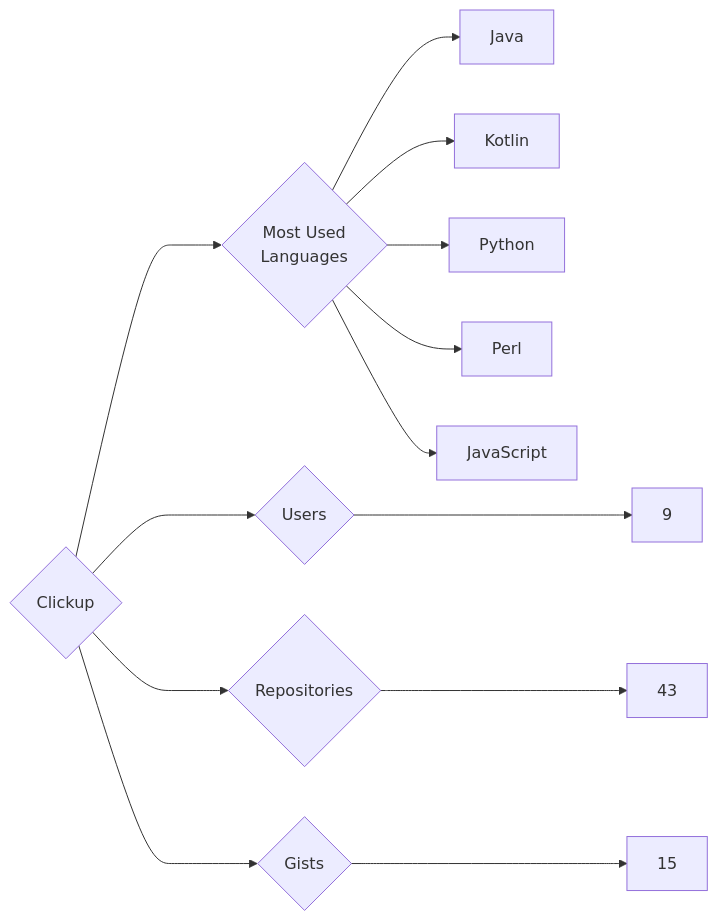
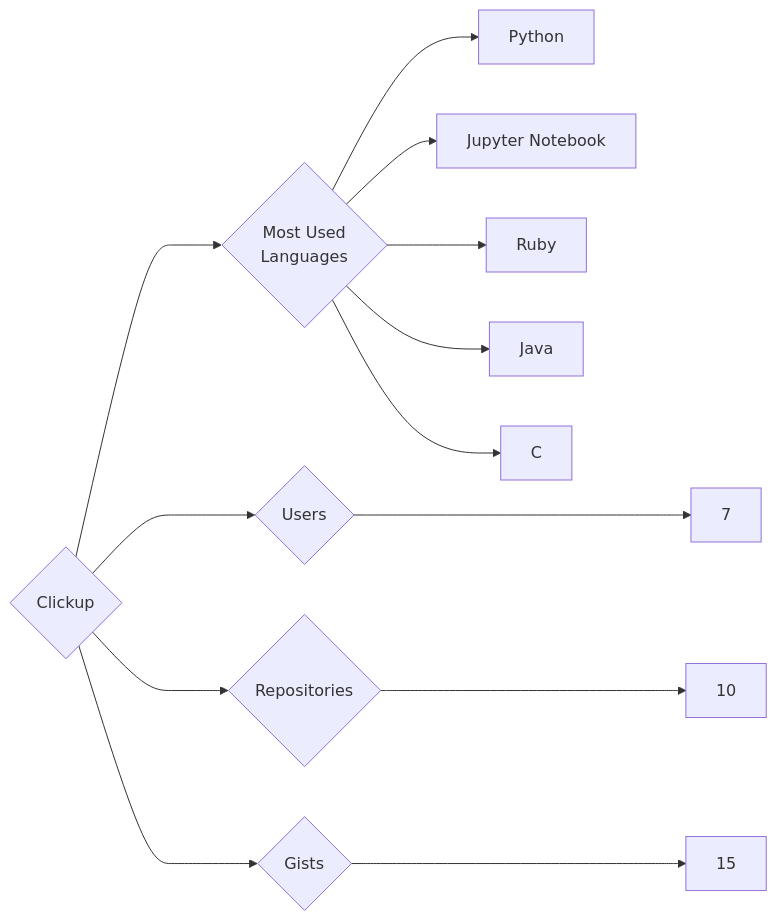
One commit to trickest/insiders changed the diagram in targets/Clickup/README.md. Above: the diagram before and after it, drawn with Mermaid. The commit also changed 942 other files, not shown here.

````diff
--- a/targets/Clickup/README.md
+++ b/targets/Clickup/README.md
@@ -3,13 +3,13 @@
 ```mermaid
 graph LR
 COMPANY_NAME{Clickup}
-COMPANY_NAME ---> U{Users} ---> UN[9]
-COMPANY_NAME ---> R{Repositories} ---> RN[43]
+COMPANY_NAME ---> U{Users} ---> UN[7]
+COMPANY_NAME ---> R{Repositories} ---> RN[10]
 COMPANY_NAME ---> G{Gists} ---> GN[15]
 COMPANY_NAME ---> ML{Most Used<br>Languages}
+ML --> Python[Python]
+ML --> Jupyter_Notebook[Jupyter Notebook]
+ML --> Ruby[Ruby]
 ML --> Java[Java]
-ML --> Kotlin[Kotlin]
-ML --> Python[Python]
-ML --> Perl[Perl]
-ML --> JavaScript[JavaScript]
+ML --> C[C]
 ```
````
